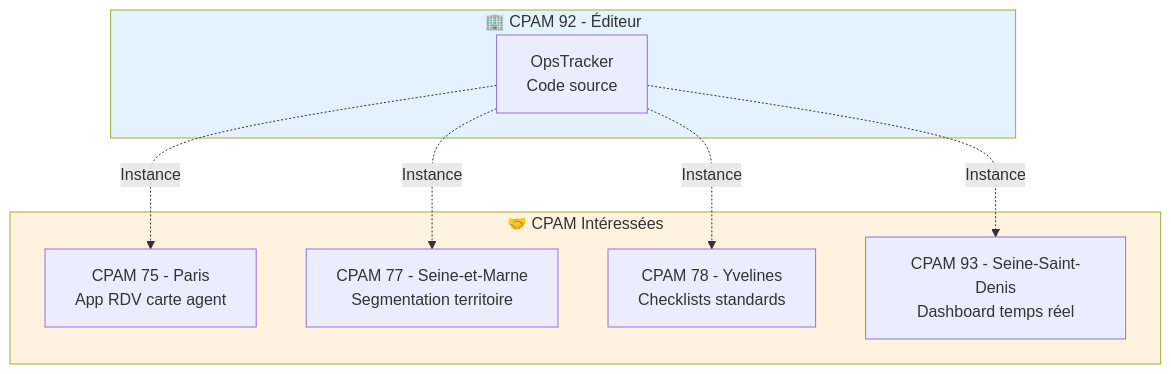
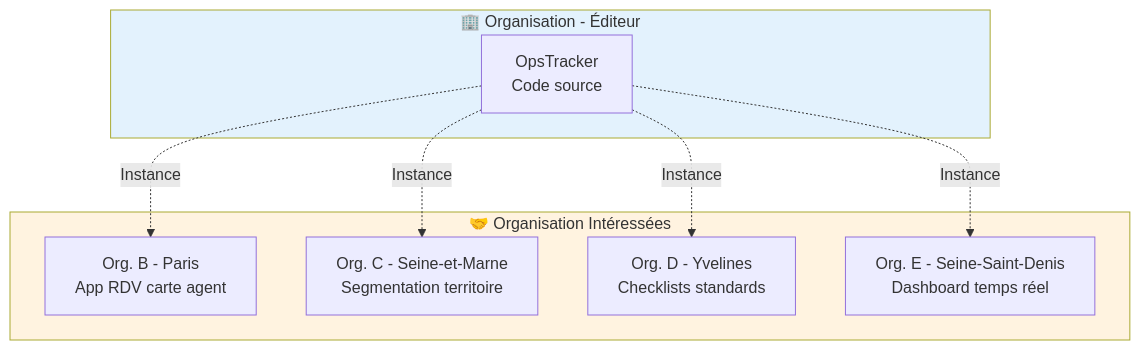
One commit to ElegAlex/OPSTRACKER changed the fifth of 36 diagrams in COMITOLOGIE/Présentation.md. Above: the diagram before and after it, drawn with Mermaid. The commit also changed other lines of this file and 47 other files, not shown here.

````diff
--- a/COMITOLOGIE/Présentation.md
+++ b/COMITOLOGIE/Présentation.md
@@ -147,21 +147,21 @@
 ```mermaid
 flowchart TB
-    subgraph CPAM92["🏢 CPAM 92 - Éditeur"]
+    subgraph Organisation92["🏢 Organisation - Éditeur"]
         OT["OpsTracker<br/>Code source"]
     end
     
-    subgraph Demandeurs["🤝 CPAM Intéressées"]
-        CPAM75["CPAM 75 - Paris<br/>App RDV carte agent"]
-        CPAM77["CPAM 77 - Seine-et-Marne<br/>Segmentation territoire"]
-        CPAM78["CPAM 78 - Yvelines<br/>Checklists standards"]
-        CPAM93["CPAM 93 - Seine-Saint-Denis<br/>Dashboard temps réel"]
+    subgraph Demandeurs["🤝 Organisation Intéressées"]
+        Organisation75["Org. B - Paris<br/>App RDV carte agent"]
+        Organisation77["Org. C - Seine-et-Marne<br/>Segmentation territoire"]
+        Organisation78["Org. D - Yvelines<br/>Checklists standards"]
+        Organisation93["Org. E - Seine-Saint-Denis<br/>Dashboard temps réel"]
     end
     
-    OT -.->|"Instance"| CPAM75
-    OT -.->|"Instance"| CPAM77
-    OT -.->|"Instance"| CPAM78
-    OT -.->|"Instance"| CPAM93
+    OT -.->|"Instance"| Organisation75
+    OT -.->|"Instance"| Organisation77
+    OT -.->|"Instance"| Organisation78
+    OT -.->|"Instance"| Organisation93
     
-    style CPAM92 fill:#e3f2fd
+    style Organisation92 fill:#e3f2fd
     style Demandeurs fill:#fff3e0
 ```
````
